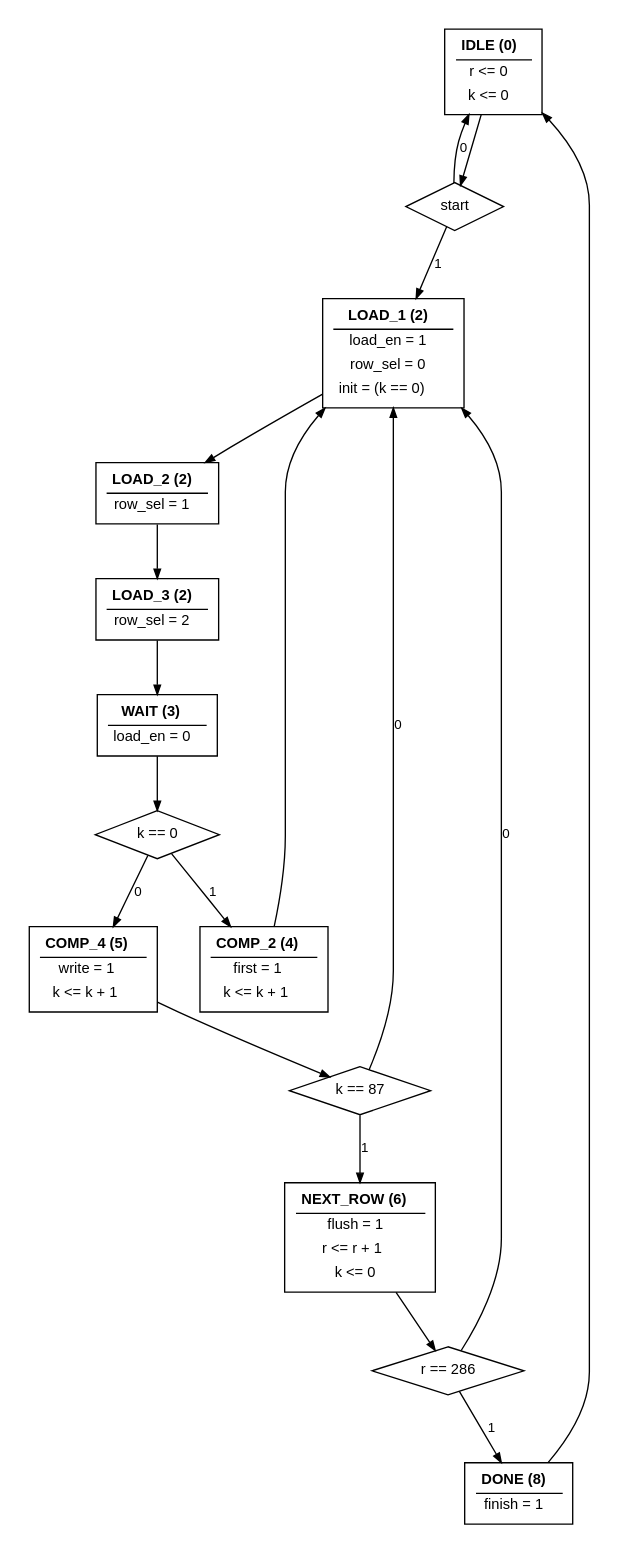
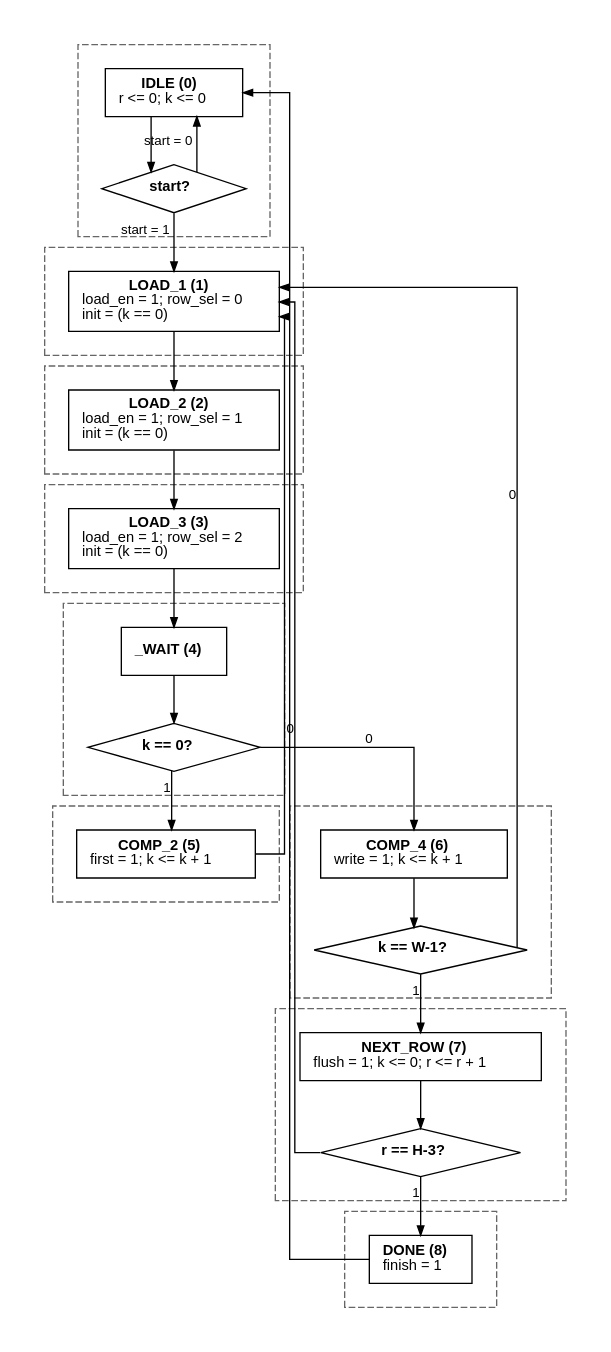
Before and after one commit to denizlg24/02203_assignement_2: the diagram in report/figures/controller_asm.dot, drawn with Graphviz. The commit also changed 25 other files, not shown here.

```diff
--- a/report/figures/controller_asm.dot
+++ b/report/figures/controller_asm.dot
@@ -1,143 +1,71 @@
 digraph controller_asm {
-    graph [
-        bgcolor="white",
-        splines=true,
-        outputorder=nodesfirst,
-        pad=0.2,
-        rankdir=TB,
-        nodesep=0.45,
-        ranksep=0.55
-    ];
-
-    node [
-        fontname="Helvetica",
-        fontsize=11,
-        fixedsize=false
-    ];
-
-    edge [
-        fontname="Helvetica",
-        fontsize=10,
-        arrowsize=0.7
-    ];
-
-    // ASM state boxes
-    s0 [
-        shape=rect,
-        label=<<TABLE BORDER="0" CELLBORDER="0" CELLSPACING="2">
-            <TR><TD><B>IDLE (0)</B></TD></TR>
-            <HR/>
-            <TR><TD>r &lt;= 0</TD></TR>
-            <TR><TD>k &lt;= 0</TD></TR>
-        </TABLE>>
-    ];
-
-    s1 [
-        shape=rect,
-        label=<<TABLE BORDER="0" CELLBORDER="0" CELLSPACING="2">
-            <TR><TD><B>LOAD_1 (2)</B></TD></TR>
-            <HR/>
-            <TR><TD>load_en = 1</TD></TR>
-            <TR><TD>row_sel = 0</TD></TR>
-            <TR><TD>init = (k == 0)</TD></TR>
-        </TABLE>>
-    ];
-
-    s2 [
-        shape=rect,
-        label=<<TABLE BORDER="0" CELLBORDER="0" CELLSPACING="2">
-            <TR><TD><B>LOAD_2 (2)</B></TD></TR>
-            <HR/>
-            <TR><TD>row_sel = 1</TD></TR>
-        </TABLE>>
-    ];
-
-    s3 [
-        shape=rect,
-        label=<<TABLE BORDER="0" CELLBORDER="0" CELLSPACING="2">
-            <TR><TD><B>LOAD_3 (2)</B></TD></TR>
-            <HR/>
-            <TR><TD>row_sel = 2</TD></TR>
-        </TABLE>>
-    ];
-
-    s4 [
-        shape=rect,
-        label=<<TABLE BORDER="0" CELLBORDER="0" CELLSPACING="2">
-            <TR><TD><B>WAIT (3)</B></TD></TR>
-            <HR/>
-            <TR><TD>load_en = 0</TD></TR>
-        </TABLE>>
-    ];
-
-    s5 [
-        shape=rect,
-        label=<<TABLE BORDER="0" CELLBORDER="0" CELLSPACING="2">
-            <TR><TD><B>COMP_2 (4)</B></TD></TR>
-            <HR/>
-            <TR><TD>first = 1</TD></TR>
-            <TR><TD>k &lt;= k + 1</TD></TR>
-        </TABLE>>
-    ];
-
-    s6 [
-        shape=rect,
-        label=<<TABLE BORDER="0" CELLBORDER="0" CELLSPACING="2">
-            <TR><TD><B>COMP_4 (5)</B></TD></TR>
-            <HR/>
-            <TR><TD>write = 1</TD></TR>
-            <TR><TD>k &lt;= k + 1</TD></TR>
-        </TABLE>>
-    ];
-
-    s7 [
-        shape=rect,
-        label=<<TABLE BORDER="0" CELLBORDER="0" CELLSPACING="2">
-            <TR><TD><B>NEXT_ROW (6)</B></TD></TR>
-            <HR/>
-            <TR><TD>flush = 1</TD></TR>
-            <TR><TD>r &lt;= r + 1</TD></TR>
-            <TR><TD>k &lt;= 0</TD></TR>
-        </TABLE>>
-    ];
-
-    s8 [
-        shape=rect,
-        label=<<TABLE BORDER="0" CELLBORDER="0" CELLSPACING="2">
-            <TR><TD><B>DONE (8)</B></TD></TR>
-            <HR/>
-            <TR><TD>finish = 1</TD></TR>
-        </TABLE>>
-    ];
-
-    // ASM decision boxes
-    d0 [shape=diamond, label="start"];
-    d1 [shape=diamond, label="k == 0"];
-    d2 [shape=diamond, label="k == 87"];
-    d3 [shape=diamond, label="r == 286"];
-
-    // State transitions and decisions
-    s0 -> d0;
-    d0 -> s0 [label="0"];
-    d0 -> s1 [label="1"];
-
+    graph [bgcolor="white", rankdir=TB, splines=ortho, pad=0.25, nodesep=0.45, ranksep=0.5];
+    node [fontname="Helvetica", fontsize=11, margin="0.14,0.09"];
+    edge [fontname="Helvetica", fontsize=10, arrowsize=0.7];
+    s0 [shape=box, label=<<B>IDLE (0)</B><BR/>r &lt;= 0; k &lt;= 0<BR ALIGN="LEFT"/>>];
+    s1 [shape=box, label=<<B>LOAD_1 (1)</B><BR/>load_en = 1; row_sel = 0<BR ALIGN="LEFT"/>init = (k == 0)<BR ALIGN="LEFT"/>>];
+    s2 [shape=box, label=<<B>LOAD_2 (2)</B><BR/>load_en = 1; row_sel = 1<BR ALIGN="LEFT"/>init = (k == 0)<BR ALIGN="LEFT"/>>];
+    s3 [shape=box, label=<<B>LOAD_3 (3)</B><BR/>load_en = 1; row_sel = 2<BR ALIGN="LEFT"/>init = (k == 0)<BR ALIGN="LEFT"/>>];
+    s4 [shape=box, label=<<B>_WAIT (4)</B>>];
+    s5 [shape=box, label=<<B>COMP_2 (5)</B><BR/>first = 1; k &lt;= k + 1<BR ALIGN="LEFT"/>>];
+    s6 [shape=box, label=<<B>COMP_4 (6)</B><BR/>write = 1; k &lt;= k + 1<BR ALIGN="LEFT"/>>];
+    s7 [shape=box, label=<<B>NEXT_ROW (7)</B><BR/>flush = 1; k &lt;= 0; r &lt;= r + 1<BR ALIGN="LEFT"/>>];
+    s8 [shape=box, label=<<B>DONE (8)</B><BR/>finish = 1<BR ALIGN="LEFT"/>>];
+    start [shape=diamond, label=<<B>start?</B>>];
+    first_group [shape=diamond, label=<<B>k == 0?</B>>];
+    last_word [shape=diamond, label=<<B>k == W-1?</B>>];
+    last_row [shape=diamond, label=<<B>r == H-3?</B>>];
+    s0 -> start;
+    start -> s0 [xlabel="start = 0", constraint=false];
+    start -> s1 [xlabel="start = 1"];
     s1 -> s2;
     s2 -> s3;
     s3 -> s4;
-
-    s4 -> d1;
-    d1 -> s5 [label="1"];
-    d1 -> s6 [label="0"];
-
-    s5 -> s1;
-
-    s6 -> d2;
-    d2 -> s7 [label="1"];
-    d2 -> s1 [label="0"];
-
-    s7 -> d3;
-    d3 -> s8 [label="1"];
-    d3 -> s1 [label="0"];
-
-    s8 -> s0;
+    s4 -> first_group;
+    first_group -> s5 [xlabel="1"];
+    first_group -> s6 [xlabel="0"];
+    s5 -> s1 [constraint=false];
+    s6 -> last_word;
+    last_word -> s7 [xlabel="1"];
+    last_word -> s1 [xlabel="0", constraint=false];
+    s7 -> last_row;
+    last_row -> s8 [xlabel="1"];
+    last_row -> s1 [xlabel="0", constraint=false];
+    s8 -> s0 [constraint=false];
+    subgraph cluster_idle {
+        graph [style=dashed, color="#666666", penwidth=1, margin=18, label=""];
+        s0; start;
+    }
+    subgraph cluster_load_1 {
+        graph [style=dashed, color="#666666", penwidth=1, margin=18, label=""];
+        s1;
+    }
+    subgraph cluster_load_2 {
+        graph [style=dashed, color="#666666", penwidth=1, margin=18, label=""];
+        s2;
+    }
+    subgraph cluster_load_3 {
+        graph [style=dashed, color="#666666", penwidth=1, margin=18, label=""];
+        s3;
+    }
+    subgraph cluster_wait {
+        graph [style=dashed, color="#666666", penwidth=1, margin=18, label=""];
+        s4; first_group;
+    }
+    subgraph cluster_comp_2 {
+        graph [style=dashed, color="#666666", penwidth=1, margin=18, label=""];
+        s5;
+    }
+    subgraph cluster_comp_4 {
+        graph [style=dashed, color="#666666", penwidth=1, margin=18, label=""];
+        s6; last_word;
+    }
+    subgraph cluster_next_row {
+        graph [style=dashed, color="#666666", penwidth=1, margin=18, label=""];
+        s7; last_row;
+    }
+    subgraph cluster_done {
+        graph [style=dashed, color="#666666", penwidth=1, margin=18, label=""];
+        s8;
+    }
 }
```
